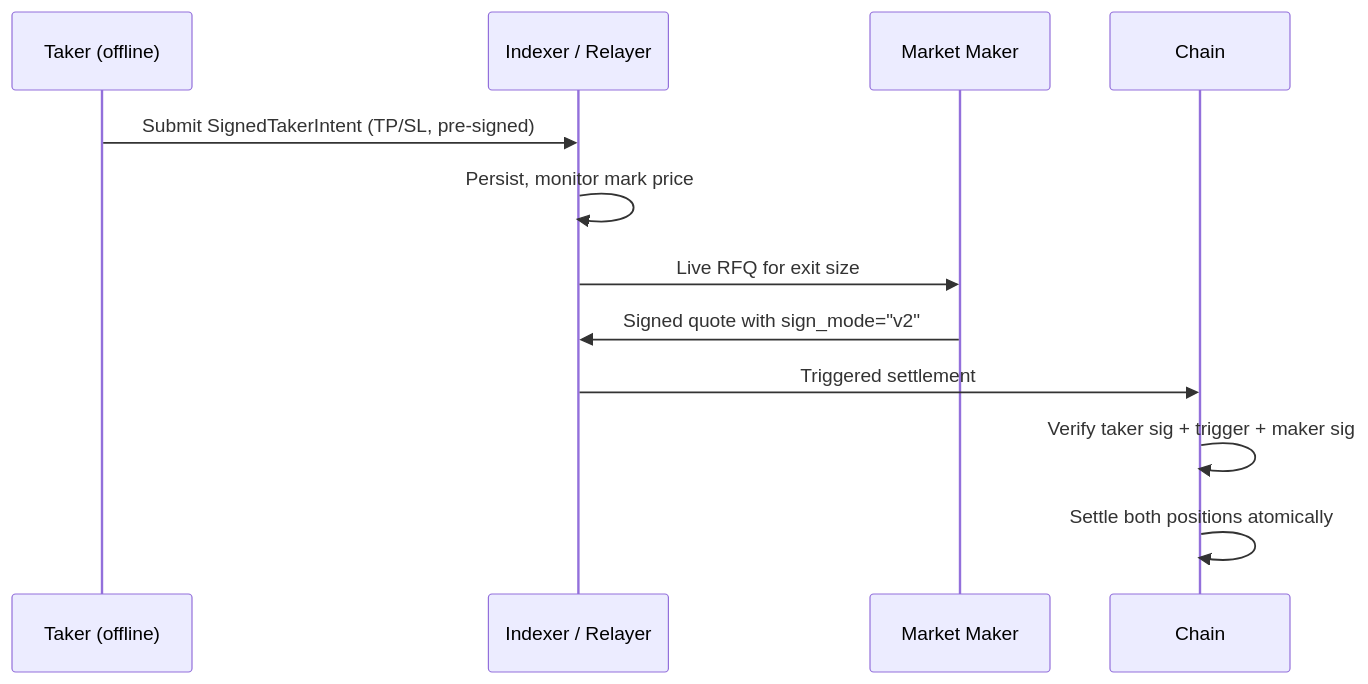
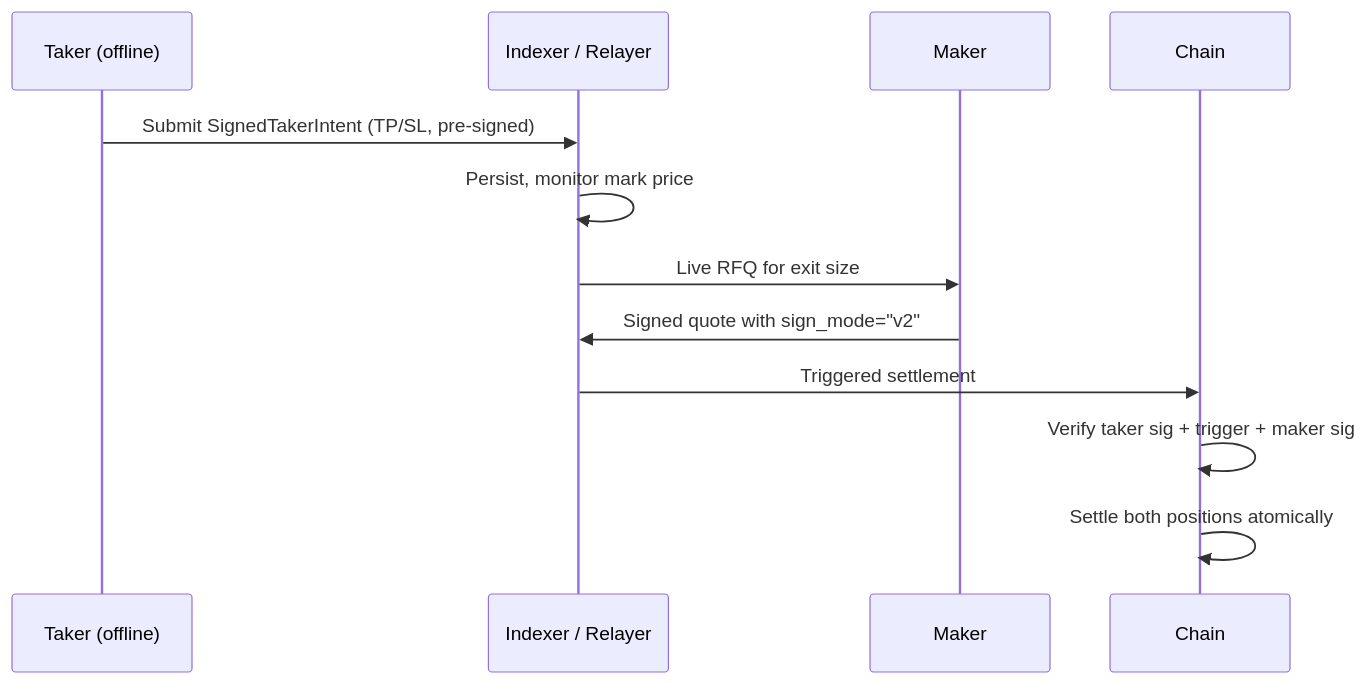
One commit to TrueCurrent/truecurrent-docs changed the second of 2 diagrams in mintlify/sdk-trading/protocol-reference.md. Above: the diagram before and after it, drawn with Mermaid. The commit also changed other lines of this file and 55 other files, not shown here.

````diff
--- a/mintlify/sdk-trading/protocol-reference.md
+++ b/mintlify/sdk-trading/protocol-reference.md
@@ -49,17 +49,17 @@
 ```mermaid
 sequenceDiagram
     participant Taker as Taker (offline)
     participant IDX as Indexer / Relayer
-    participant MM as Market Maker
+    participant MM as Maker
     participant Chain as Chain
 
     Taker->>IDX: Submit SignedTakerIntent (TP/SL, pre-signed)
     IDX->>IDX: Persist, monitor mark price
 
     IDX->>MM: Live RFQ for exit size
     MM->>IDX: Signed quote with sign_mode="v2"
 
     IDX->>Chain: Triggered settlement
     Chain->>Chain: Verify taker sig + trigger + maker sig
     Chain->>Chain: Settle both positions atomically
 ```
````
